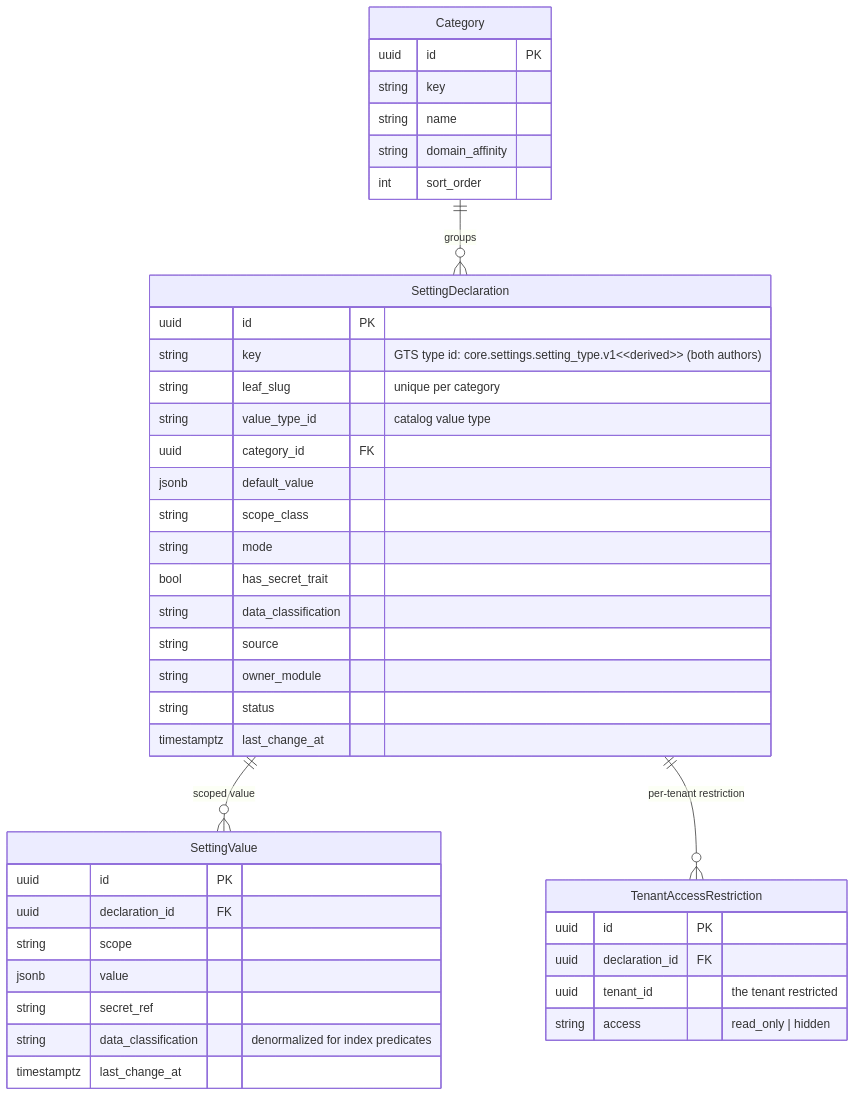
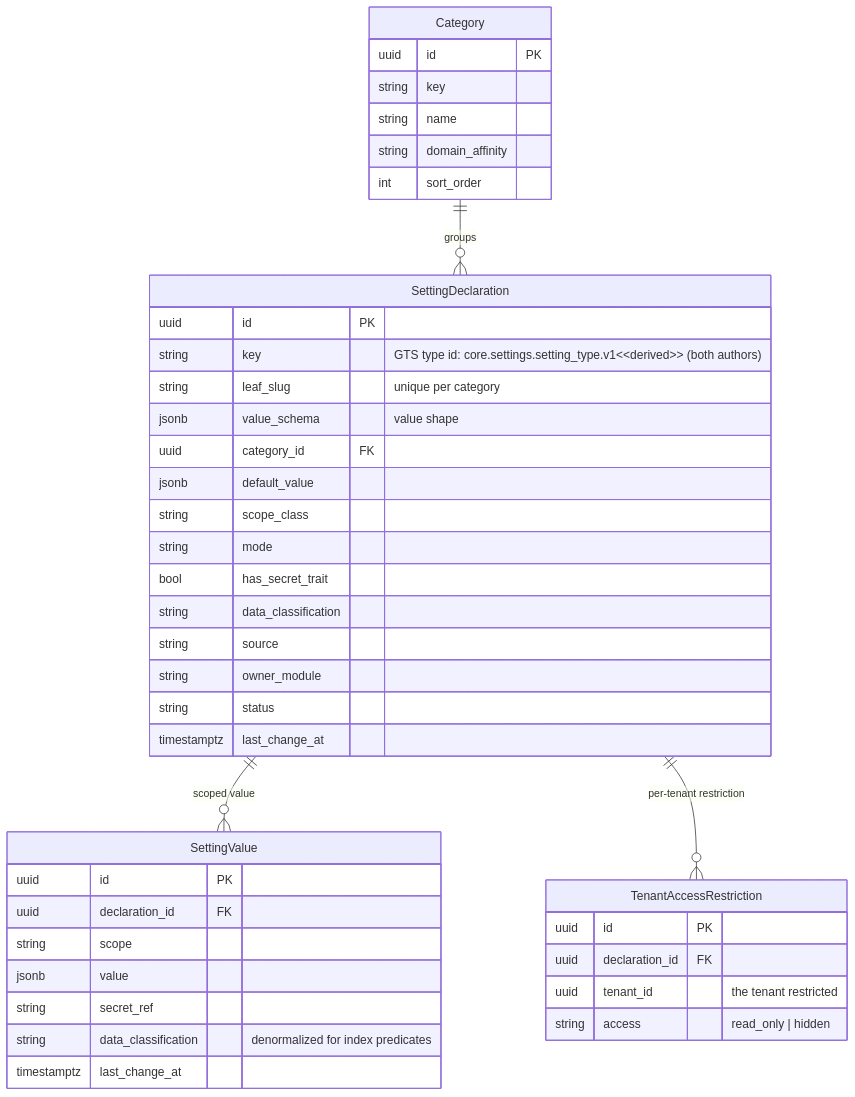
Before and after one commit to constructorfabric/cyberware-rust: the third of 7 diagrams in gears/settings-service/docs/DESIGN.md, drawn with Mermaid. The commit also changed other lines of this file, not shown here.

First line of the commit message:
docs(settings-service): carry the value shape in the setting's own type

````diff
--- a/gears/settings-service/docs/DESIGN.md
+++ b/gears/settings-service/docs/DESIGN.md
@@ -643,45 +643,45 @@
 ```mermaid
 erDiagram
  Category ||--o{ SettingDeclaration : "groups"
  SettingDeclaration ||--o{ SettingValue : "scoped value"
  SettingDeclaration ||--o{ TenantAccessRestriction : "per-tenant restriction"
 
  Category {
  uuid id PK
  string key
  string name
  string domain_affinity
  int sort_order
  }
  SettingDeclaration {
  uuid id PK
  string key "GTS type id: core.settings.setting_type.v1~<derived>~ (both authors)"
  string leaf_slug "unique per category"
- string value_type_id "catalog value type"
+ jsonb value_schema "value shape"
  uuid category_id FK
  jsonb default_value
  string scope_class
  string mode
  bool has_secret_trait
  string data_classification
  string source
  string owner_module
  string status
  timestamptz last_change_at
  }
  SettingValue {
  uuid id PK
  uuid declaration_id FK
  string scope
  jsonb value
  string secret_ref
  string data_classification "denormalized for index predicates"
  timestamptz last_change_at
  }
  TenantAccessRestriction {
  uuid id PK
  uuid declaration_id FK
  uuid tenant_id "the tenant restricted"
  string access "read_only | hidden"
  }
 ```
````
